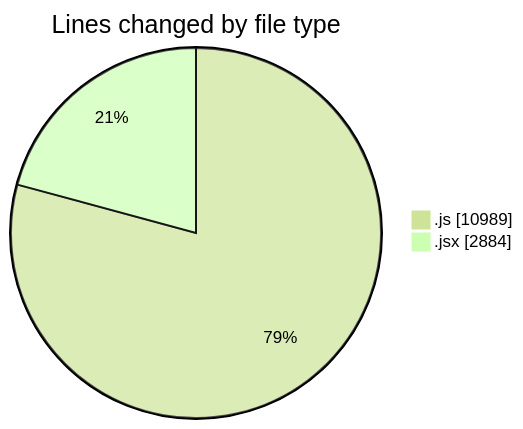
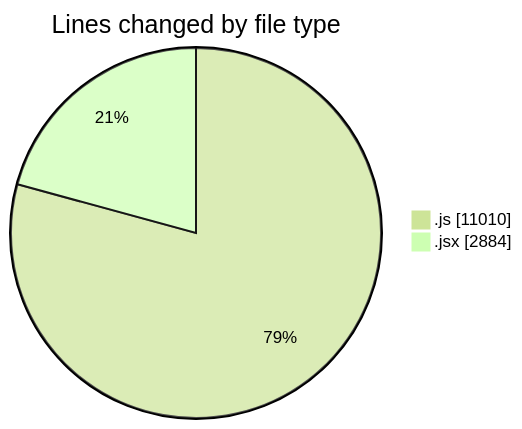
The first of 2 diagrams in 2025-09-26/nxtqube_webapp/README.md (nxtqubesakshisongat/code-tracking), drawn with Mermaid (forest theme) before and after one commit. The commit also changed other lines of this file and 1 other file, not shown here.

````diff
--- a/2025-09-26/nxtqube_webapp/README.md
+++ b/2025-09-26/nxtqube_webapp/README.md
@@ -25,6 +25,6 @@
 ```mermaid
 pie showData
 title Lines changed by file type
-".js" : 10989
+".js" : 11010
 ".jsx" : 2884
 ```
````
